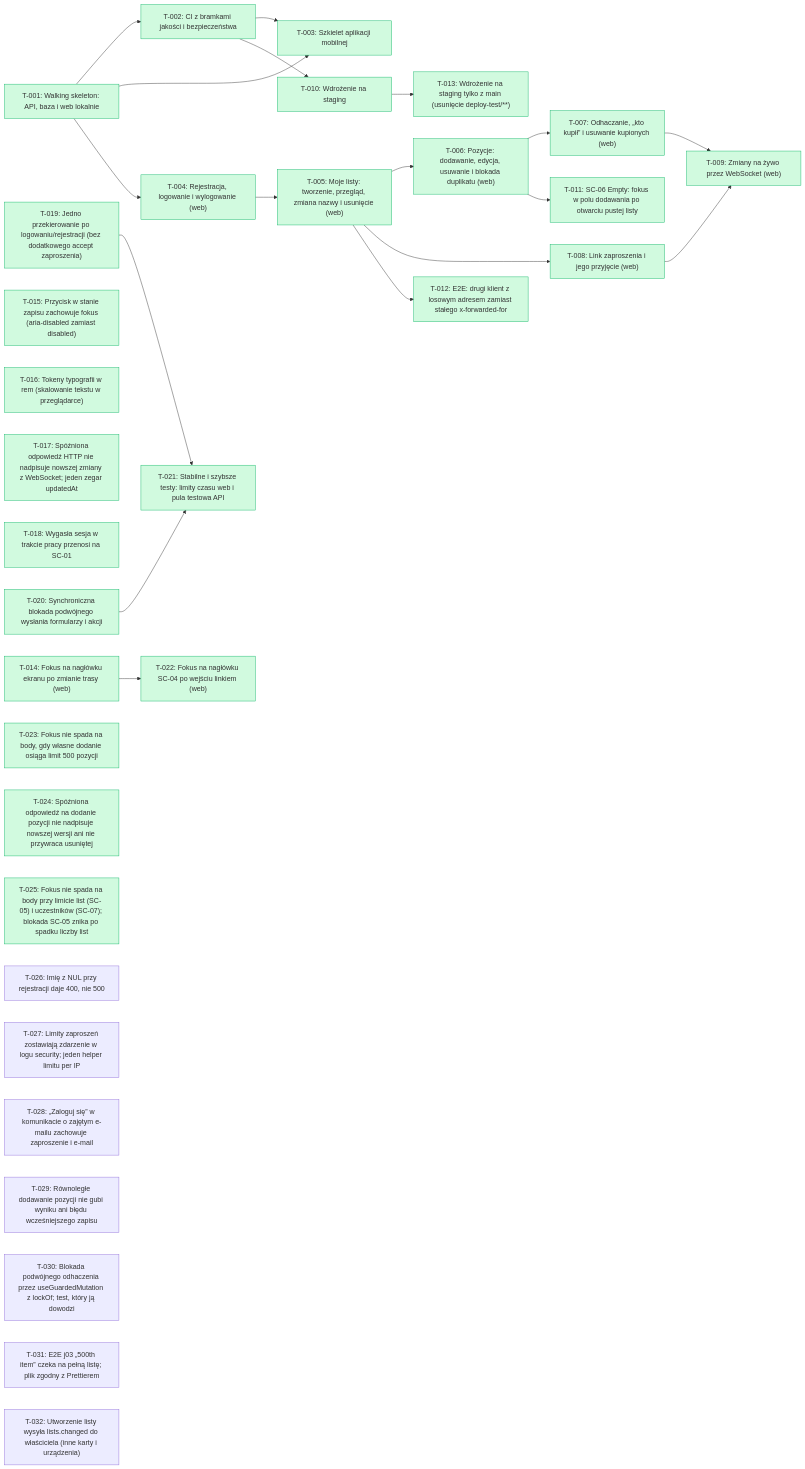
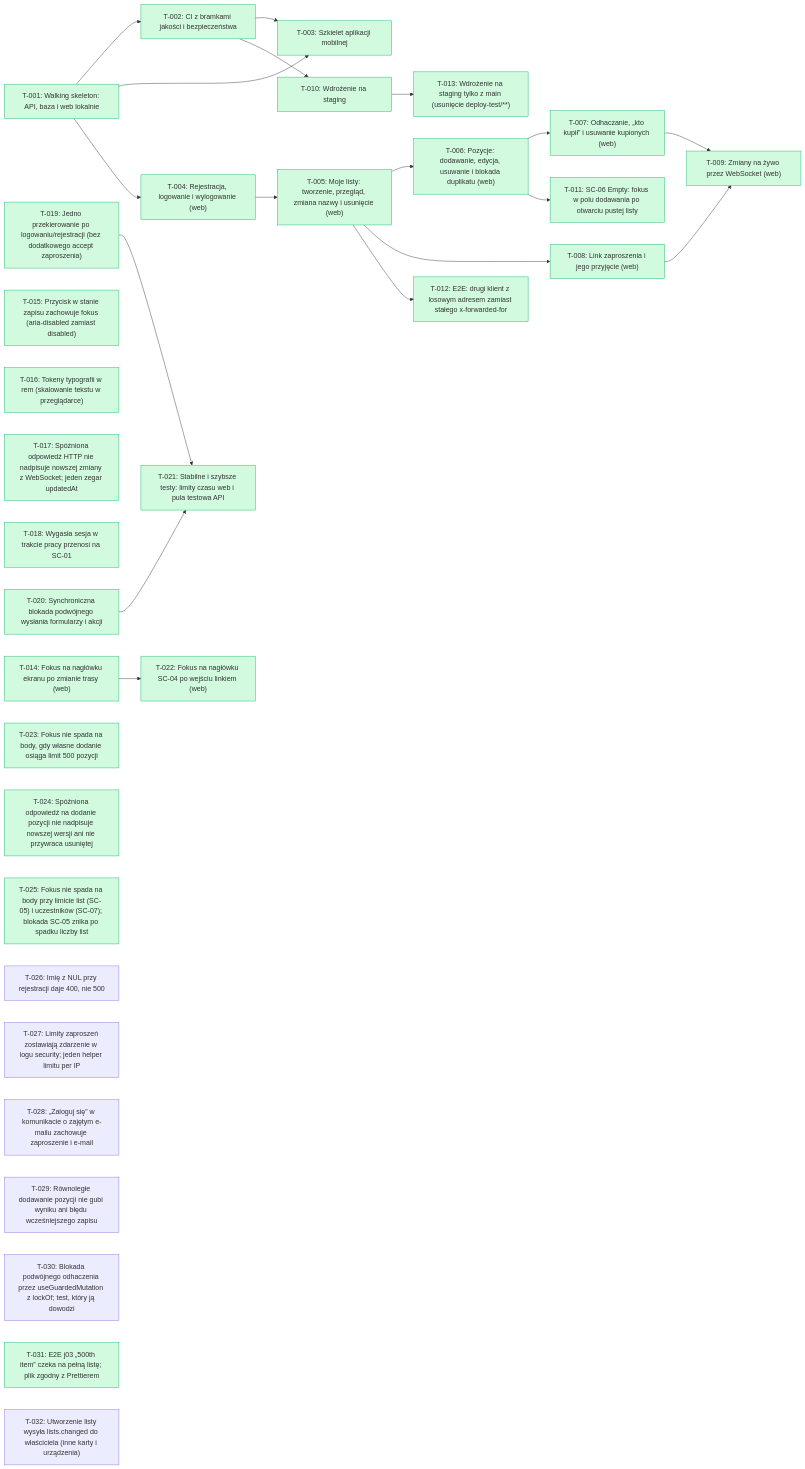
The diagram in docs/backlog/index.md (tombraz/lista-zakupow), drawn with Mermaid before and after one commit. The commit also changed other lines of this file and 1 other file, not shown here.

````diff
--- a/docs/backlog/index.md
+++ b/docs/backlog/index.md
@@ -23,56 +22,56 @@
 ```mermaid
 flowchart LR
   T_001["T-001: Walking skeleton: API, baza i web lokalnie"]:::done
   T_002["T-002: CI z bramkami jakości i bezpieczeństwa"]:::done
   T_003["T-003: Szkielet aplikacji mobilnej"]:::done
   T_004["T-004: Rejestracja, logowanie i wylogowanie (web)"]:::done
   T_005["T-005: Moje listy: tworzenie, przegląd, zmiana nazwy i usunięcie (web)"]:::done
   T_006["T-006: Pozycje: dodawanie, edycja, usuwanie i blokada duplikatu (web)"]:::done
   T_007["T-007: Odhaczanie, „kto kupił” i usuwanie kupionych (web)"]:::done
   T_008["T-008: Link zaproszenia i jego przyjęcie (web)"]:::done
   T_009["T-009: Zmiany na żywo przez WebSocket (web)"]:::done
   T_010["T-010: Wdrożenie na staging"]:::done
   T_011["T-011: SC-06 Empty: fokus w polu dodawania po otwarciu pustej listy"]:::done
   T_012["T-012: E2E: drugi klient z losowym adresem zamiast stałego x-forwarded-for"]:::done
   T_013["T-013: Wdrożenie na staging tylko z main (usunięcie deploy-test/**)"]:::done
   T_014["T-014: Fokus na nagłówku ekranu po zmianie trasy (web)"]:::done
   T_015["T-015: Przycisk w stanie zapisu zachowuje fokus (aria-disabled zamiast disabled)"]:::done
   T_016["T-016: Tokeny typografii w rem (skalowanie tekstu w przeglądarce)"]:::done
   T_017["T-017: Spóźniona odpowiedź HTTP nie nadpisuje nowszej zmiany z WebSocket; jeden zegar updatedAt"]:::done
   T_018["T-018: Wygasła sesja w trakcie pracy przenosi na SC-01"]:::done
   T_019["T-019: Jedno przekierowanie po logowaniu/rejestracji (bez dodatkowego accept zaproszenia)"]:::done
   T_020["T-020: Synchroniczna blokada podwójnego wysłania formularzy i akcji"]:::done
   T_021["T-021: Stabilne i szybsze testy: limity czasu web i pula testowa API"]:::done
   T_022["T-022: Fokus na nagłówku SC-04 po wejściu linkiem (web)"]:::done
   T_023["T-023: Fokus nie spada na body, gdy własne dodanie osiąga limit 500 pozycji"]:::done
   T_024["T-024: Spóźniona odpowiedź na dodanie pozycji nie nadpisuje nowszej wersji ani nie przywraca usuniętej"]:::done
   T_025["T-025: Fokus nie spada na body przy limicie list (SC-05) i uczestników (SC-07); blokada SC-05 znika po spadku liczby list"]:::done
   T_026["T-026: Imię z NUL przy rejestracji daje 400, nie 500"]
   T_027["T-027: Limity zaproszeń zostawiają zdarzenie w logu security; jeden helper limitu per IP"]
   T_028["T-028: „Zaloguj się” w komunikacie o zajętym e-mailu zachowuje zaproszenie i e-mail"]
   T_029["T-029: Równoległe dodawanie pozycji nie gubi wyniku ani błędu wcześniejszego zapisu"]
   T_030["T-030: Blokada podwójnego odhaczenia przez useGuardedMutation z lockOf; test, który ją dowodzi"]
-  T_031["T-031: E2E j03 „500th item” czeka na pełną listę; plik zgodny z Prettierem"]
+  T_031["T-031: E2E j03 „500th item” czeka na pełną listę; plik zgodny z Prettierem"]:::done
   T_032["T-032: Utworzenie listy wysyła lists.changed do właściciela (inne karty i urządzenia)"]
   T_001 --> T_002
   T_001 --> T_003
   T_002 --> T_003
   T_001 --> T_004
   T_004 --> T_005
   T_005 --> T_006
   T_006 --> T_007
   T_005 --> T_008
   T_007 --> T_009
   T_008 --> T_009
   T_002 --> T_010
   T_006 --> T_011
   T_005 --> T_012
   T_010 --> T_013
   T_019 --> T_021
   T_020 --> T_021
   T_014 --> T_022
   classDef done fill:#d1fadf,stroke:#12b76a
   classDef wip fill:#fef0c7,stroke:#f79009
   classDef qa fill:#e0eaff,stroke:#2970ff
   classDef blocked fill:#fee4e2,stroke:#f04438
 ```
````
